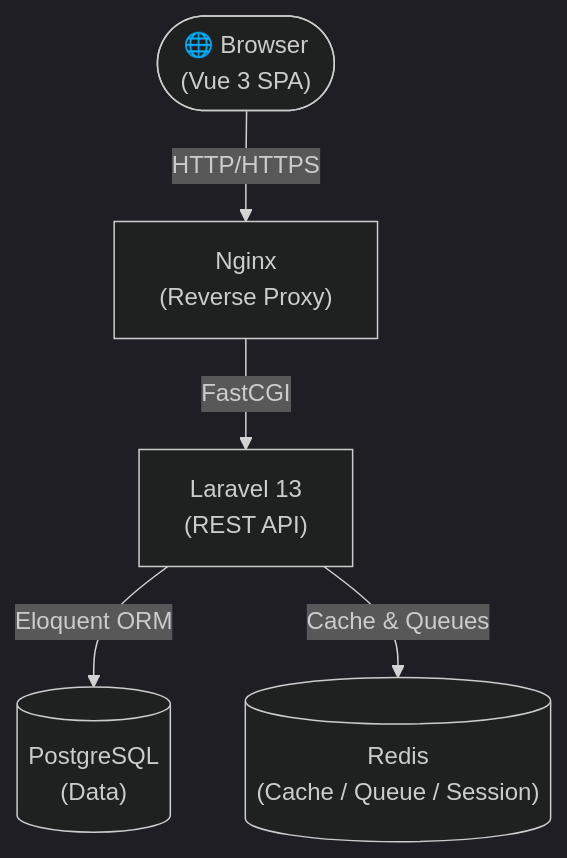
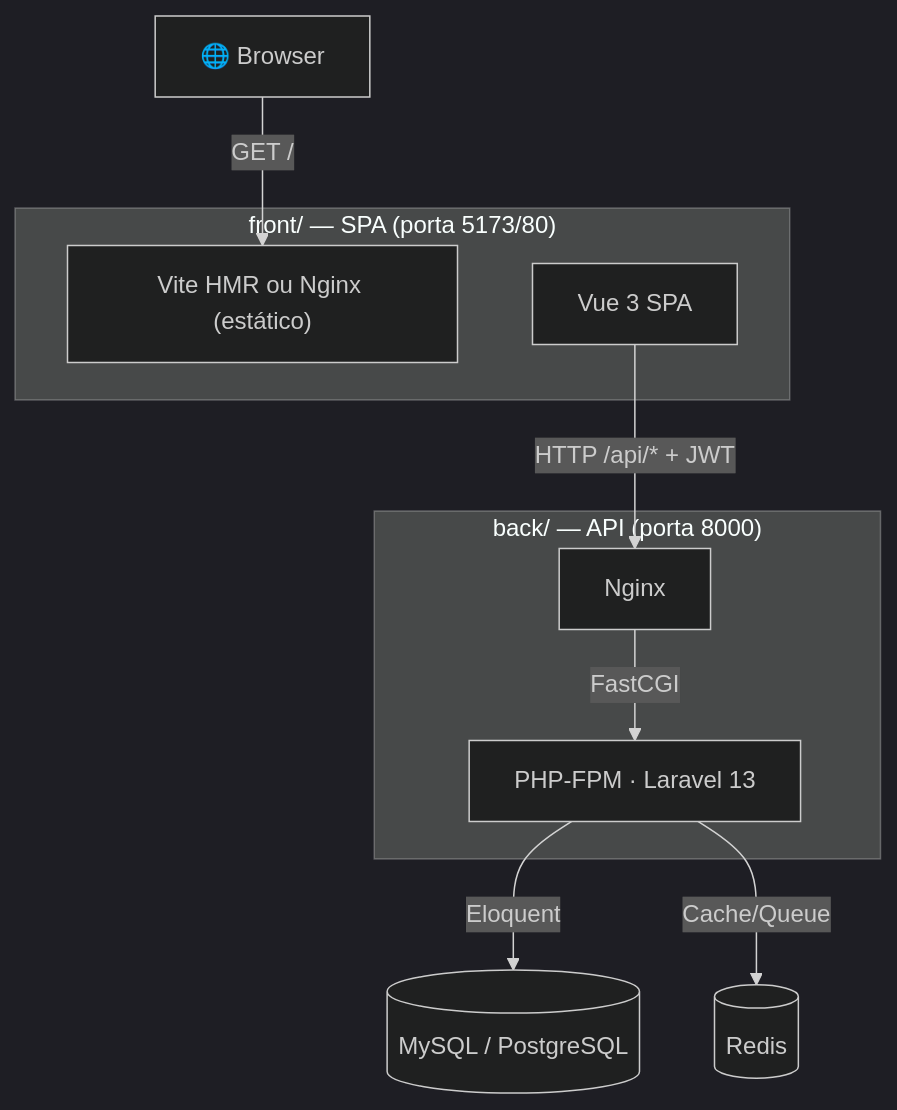
The diagram in README.md (NicholasGDev/NG-Erp), drawn with Mermaid (dark theme) before and after one commit. The commit also changed other lines of this file and 247 other files, not shown here.

````diff
--- a/README.md
+++ b/README.md
@@ -17,14 +92,23 @@
 ```mermaid
 flowchart TD
-    Browser(["🌐 Browser\n(Vue 3 SPA)"])
-    Nginx["Nginx\n(Reverse Proxy)"]
-    Laravel["Laravel 13\n(REST API)"]
-    PG[("PostgreSQL\n(Data)")]
-    Redis[("Redis\n(Cache / Queue / Session)")]
+    Browser["🌐 Browser"]
 
-    Browser -->|"HTTP/HTTPS"| Nginx
-    Nginx -->|"FastCGI"| Laravel
-    Laravel -->|"Eloquent ORM"| PG
-    Laravel -->|"Cache & Queues"| Redis
+    subgraph front ["front/ — SPA (porta 5173/80)"]
+        Vite["Vite HMR ou Nginx (estático)"]
+        Vue["Vue 3 SPA"]
+    end
 
+    subgraph back ["back/ — API (porta 8000)"]
+        NgxAPI["Nginx"]
+        PHP["PHP-FPM · Laravel 13"]
+        NgxAPI -->|FastCGI| PHP
+    end
+
+    DB[("MySQL / PostgreSQL")]
+    Redis[("Redis")]
+
+    Browser -->|"GET /"| Vite
+    Vue -->|"HTTP /api/* + JWT"| NgxAPI
+    PHP -->|Eloquent| DB
+    PHP -->|Cache/Queue| Redis
 ```
````
